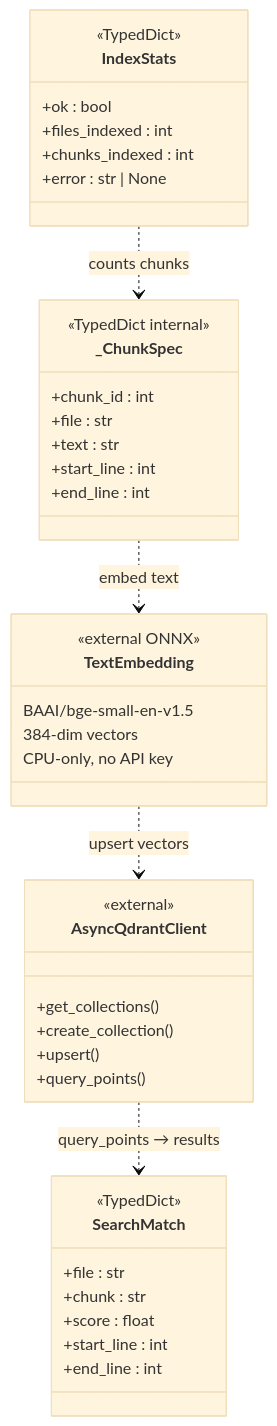
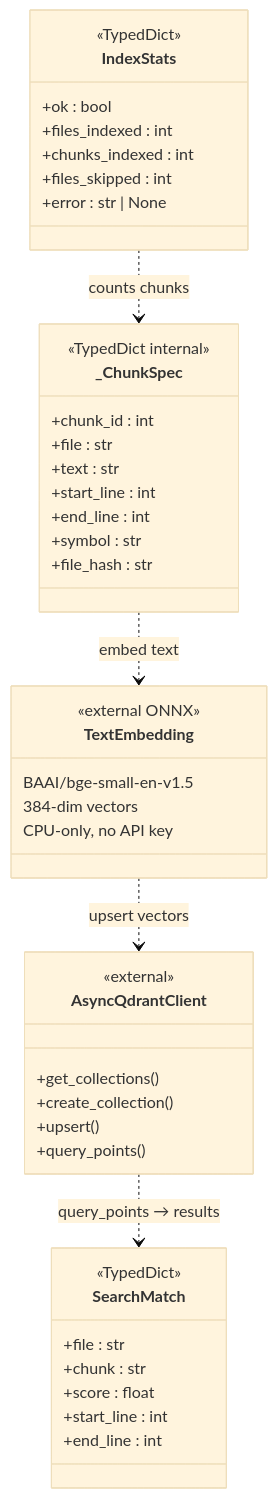
One commit to cgcardona/agentception changed the fifth of 9 diagrams in docs/reference/type-contracts.md. Above: the diagram before and after it, drawn with Mermaid (base theme). The commit also changed other lines of this file and 1 other file, not shown here.

````diff
--- a/docs/reference/type-contracts.md
+++ b/docs/reference/type-contracts.md
@@ -1381,44 +1920,47 @@
 ```mermaid
 classDiagram
     class IndexStats {
         <<TypedDict>>
         +ok : bool
         +files_indexed : int
         +chunks_indexed : int
+        +files_skipped : int
         +error : str | None
     }
     class SearchMatch {
         <<TypedDict>>
         +file : str
         +chunk : str
         +score : float
         +start_line : int
         +end_line : int
     }
     class _ChunkSpec {
         <<TypedDict internal>>
         +chunk_id : int
         +file : str
         +text : str
         +start_line : int
         +end_line : int
+        +symbol : str
+        +file_hash : str
     }
     class AsyncQdrantClient {
         <<external>>
         +get_collections()
         +create_collection()
         +upsert()
         +query_points()
     }
     class TextEmbedding {
         <<external ONNX>>
         BAAI/bge-small-en-v1.5
         384-dim vectors
         CPU-only, no API key
     }
 
     _ChunkSpec ..> TextEmbedding : embed text
     TextEmbedding ..> AsyncQdrantClient : upsert vectors
     AsyncQdrantClient ..> SearchMatch : query_points → results
     IndexStats ..> _ChunkSpec : counts chunks
 ```
````
